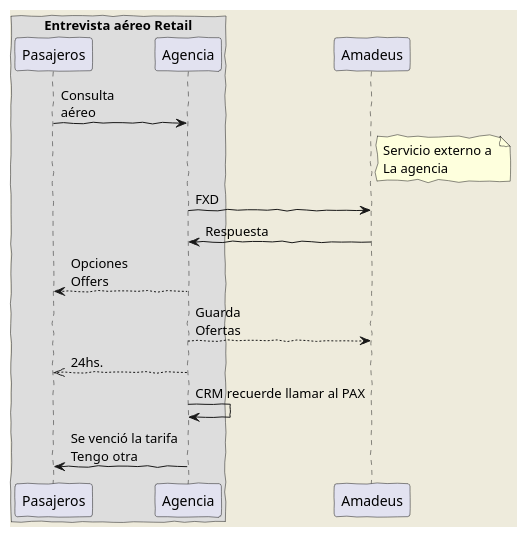
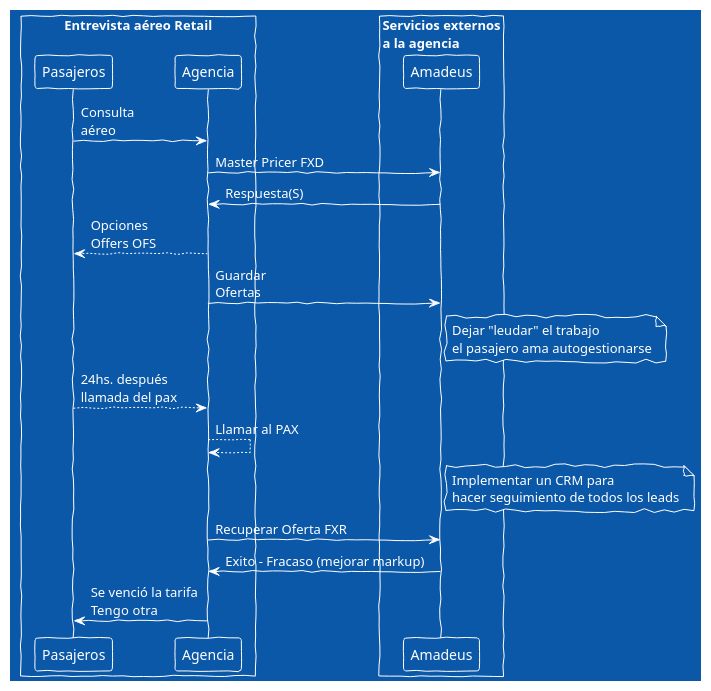
Diagram 22 of 25 in Ejemplos_markdown.md (MarcoCenturion/Linux), drawn with PlantUML before and after one commit. The commit also changed other lines of this file and 7 other files, not shown here.

```diff
--- a/Ejemplos_markdown.md
+++ b/Ejemplos_markdown.md
@@ -542,22 +542,26 @@
 @startuml
 
-skinparam backgroundColor #EEEBDC
+!theme amiga 
 skinparam handwritten true
 box "Entrevista aéreo Retail"
-participant Pasajeros
+Participant Pasajeros
 Participant Agencia
 end box
+box "Servicios externos\na la agencia"
 Participant Amadeus
-
+end box
 
 Pasajeros -> Agencia : Consulta\naéreo
-note right of Amadeus : Servicio externo a \nLa agencia
-Agencia -> Amadeus : FXD
-Amadeus -> Agencia : Respuesta
-Agencia --> Pasajeros : Opciones\nOffers
-Agencia --> Amadeus : Guarda\nOfertas
-Agencia -->> Pasajeros : 24hs.
-Agencia -> Agencia : CRM recuerde llamar al PAX
+Agencia -> Amadeus : Master Pricer FXD
+Amadeus -> Agencia : Respuesta(S)
+Agencia --> Pasajeros : Opciones\nOffers OFS
+Agencia -> Amadeus : Guardar\nOfertas
+note right of Amadeus : Dejar "leudar" el trabajo\nel pasajero ama autogestionarse
+Pasajeros --> Agencia : 24hs. después\nllamada del pax
+Agencia --> Agencia : Llamar al PAX
+note right of Amadeus : Implementar un CRM para\nhacer seguimiento de todos los leads
+Agencia -> Amadeus : Recuperar Oferta FXR 
+Amadeus -> Agencia : Exito - Fracaso (mejorar markup)
 Agencia -> Pasajeros : Se venció la tarifa \nTengo otra
 
 @enduml
```
